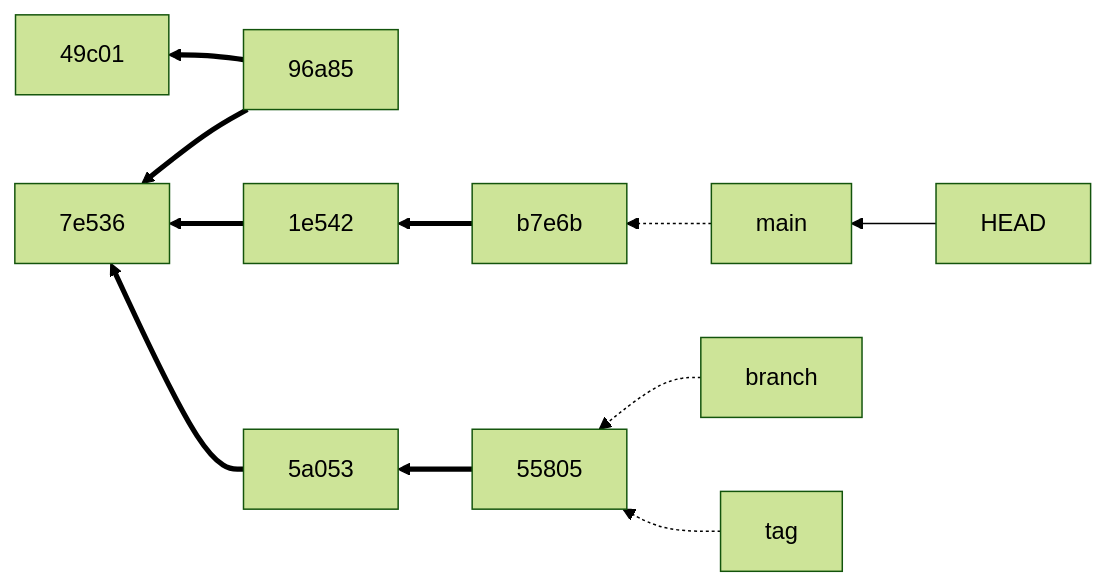
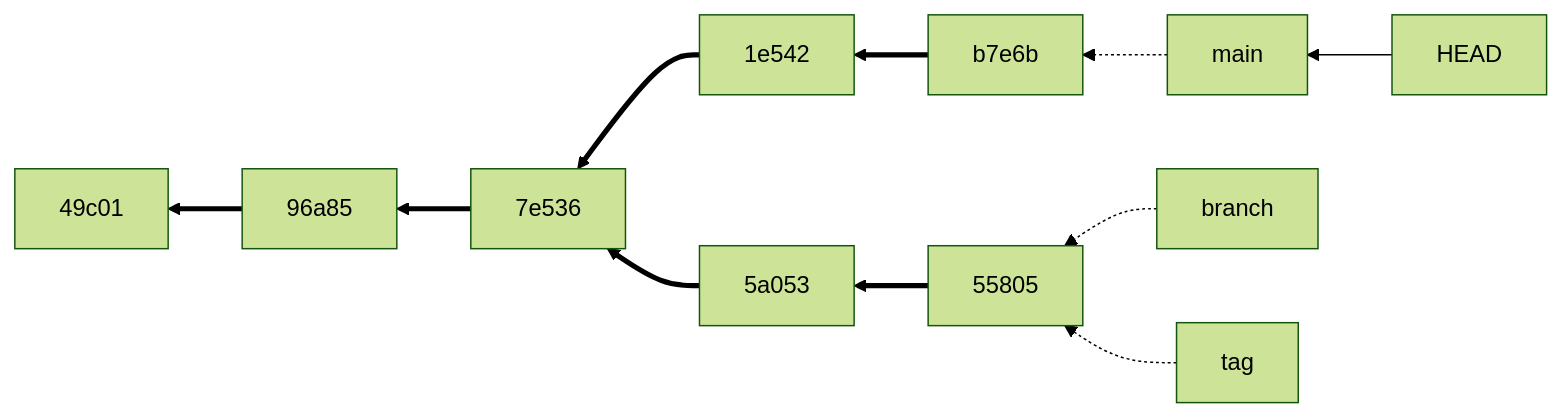
The first of 3 diagrams in README.md (wulfland/DeepDive), drawn with Mermaid (forest theme) before and after one commit.

````diff
--- a/README.md
+++ b/README.md
@@ -77,13 +77,13 @@
 ```mermaid
 graph RL;
     96a85==>49c01;
-    96a85==>7e536;
+    7e536==>96a85;
     1e542==>7e536;
     b7e6b==>1e542;
     main-.->b7e6b;
     HEAD-->main;
     5a053==>7e536;
     55805==>5a053;
     branch-.->55805;
     tag-.->55805;
 ```
````
